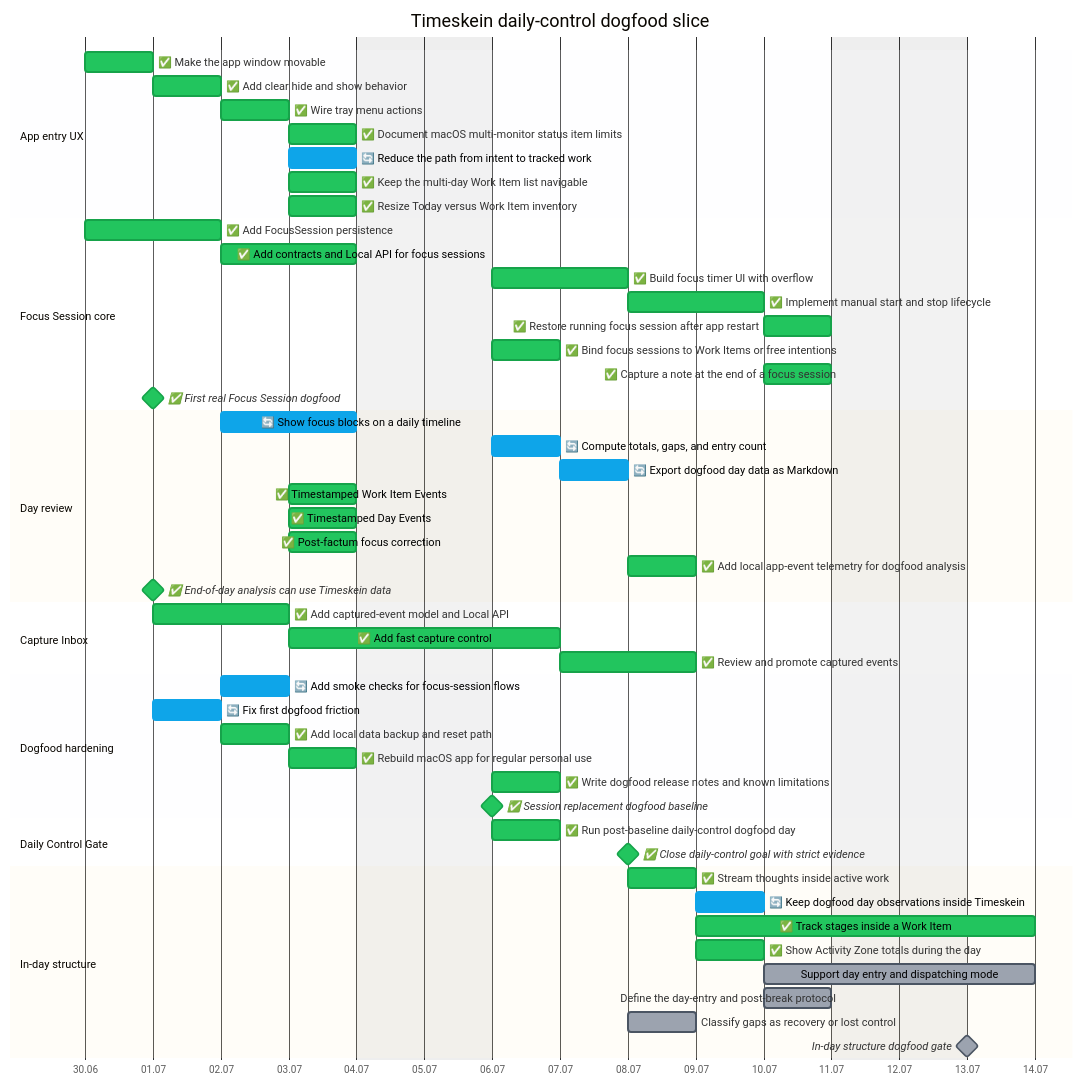
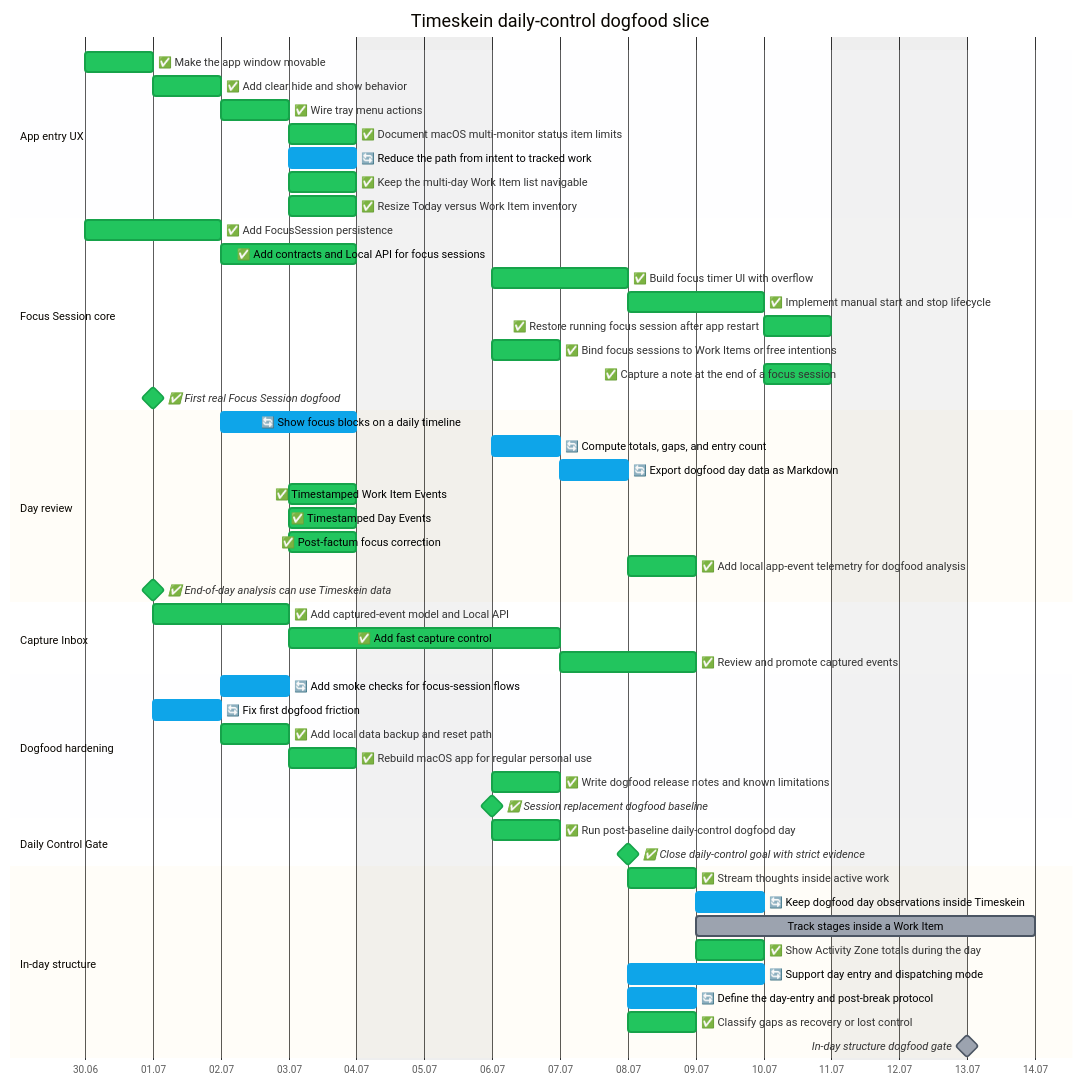
Before and after one commit to asukhodko/timeskein: the second of 2 diagrams in docs/roadmap/opskarta.md, drawn with Mermaid. The commit also changed other lines of this file and 12 other files, not shown here.

````diff
--- a/docs/roadmap/opskarta.md
+++ b/docs/roadmap/opskarta.md
@@ -112,59 +112,59 @@
 ```mermaid
 %%{init: {"theme": "base", "themeVariables": {"taskBkgColor": "#9ca3af", "taskBorderColor": "#4b5563", "taskTextColor": "#000000", "taskTextDarkColor": "#000000", "taskTextLightColor": "#000000", "activeTaskBkgColor": "#0ea5e9", "activeTaskBorderColor": "#0ea5e9", "doneTaskBkgColor": "#22c55e", "doneTaskBorderColor": "#16a34a", "critBkgColor": "#fecaca", "critBorderColor": "#fecaca", "todayLineColor": "#ef4444"}} }%%
 
 gantt
     title Timeskein daily-control dogfood slice
     dateFormat YYYY-MM-DD
     axisFormat %d.%m
     excludes weekends
 
     section App entry UX
     ✅ Make the app window movable  :done, ts_ux_entry_window_drag,    2026-06-30, 1d
     ✅ Add clear hide and show behavior  :done, ts_ux_entry_hide_toggle,    2026-07-01, 1d
     ✅ Wire tray menu actions  :done, ts_ux_entry_tray_actions,    2026-07-02, 1d
     ✅ Document macOS multi-monitor status item limits  :done, ts_ux_entry_monitor_policy,    2026-07-03, 1d
     🔄 Reduce the path from intent to tracked work  :active, ts_ux_entry_fast_track_flow,    2026-07-03, 1d
     ✅ Keep the multi-day Work Item list navigable  :done, ts_ux_entry_inventory_modes,    2026-07-03, 1d
     ✅ Resize Today versus Work Item inventory  :done, ts_ux_entry_resizable_today_split,    2026-07-03, 1d
     section Focus Session core
     ✅ Add FocusSession persistence  :done, ts_focus_core_model_migrations,    2026-06-30, 2d
     ✅ Add contracts and Local API for focus sessions  :done, ts_focus_core_contracts_api,    2026-07-02, 2d
     ✅ Build focus timer UI with overflow  :done, ts_focus_core_timer_ui,    2026-07-06, 2d
     ✅ Implement manual start and stop lifecycle  :done, ts_focus_core_session_lifecycle,    2026-07-08, 2d
     ✅ Restore running focus session after app restart  :done, ts_focus_core_restart_restore,    2026-07-10, 1d
     ✅ Bind focus sessions to Work Items or free intentions  :done, ts_focus_core_work_item_binding,    2026-07-06, 1d
     ✅ Capture a note at the end of a focus session  :done, ts_focus_core_session_notes,    2026-07-10, 1d
     ✅ First real Focus Session dogfood  :milestone, done, ts_focus_core_dogfood_gate,    2026-07-01, 0d
     section Day review
     🔄 Show focus blocks on a daily timeline  :active, ts_day_review_timeline,    2026-07-02, 2d
     🔄 Compute totals, gaps, and entry count  :active, ts_day_review_totals_gaps,    2026-07-06, 1d
     🔄 Export dogfood day data as Markdown  :active, ts_day_review_export,    2026-07-07, 1d
     ✅ Timestamped Work Item Events  :done, ts_day_review_work_item_events,    2026-07-03, 1d
     ✅ Timestamped Day Events  :done, ts_day_review_day_events,    2026-07-03, 1d
     ✅ Post-factum focus correction  :done, ts_day_review_corrections,    2026-07-03, 1d
     ✅ Add local app-event telemetry for dogfood analysis  :done, ts_day_review_app_telemetry,    2026-07-08, 1d
     ✅ End-of-day analysis can use Timeskein data  :milestone, done, ts_day_review_analysis_gate,    2026-07-01, 0d
     section Capture Inbox
     ✅ Add captured-event model and Local API  :done, ts_capture_model_api,    2026-07-01, 2d
     ✅ Add fast capture control  :done, ts_capture_quick_ui,    2026-07-03, 2d
     ✅ Review and promote captured events  :done, ts_capture_review_flow,    2026-07-07, 2d
     section Dogfood hardening
     🔄 Add smoke checks for focus-session flows  :active, ts_hardening_smoke,    2026-07-02, 1d
     🔄 Fix first dogfood friction  :active, ts_hardening_post_dogfood_friction,    2026-07-01, 1d
     ✅ Add local data backup and reset path  :done, ts_hardening_backup_reset,    2026-07-02, 1d
     ✅ Rebuild macOS app for regular personal use  :done, ts_hardening_package_app,    2026-07-03, 1d
     ✅ Write dogfood release notes and known limitations  :done, ts_hardening_release_notes,    2026-07-06, 1d
     ✅ Session replacement dogfood baseline  :milestone, done, ts_hardening_dogfood_release,    2026-07-06, 0d
     section Daily Control Gate
     ✅ Run post-baseline daily-control dogfood day  :done, ts_daily_control_real_day,    2026-07-06, 1d
     ✅ Close daily-control goal with strict evidence  :milestone, done, ts_daily_control_goal_check,    2026-07-08, 0d
     section In-day structure
     ✅ Stream thoughts inside active work  :done, ts_in_day_structure_active_work_journal,    2026-07-08, 1d
     🔄 Keep dogfood day observations inside Timeskein  :active, ts_in_day_structure_day_observation_log,    2026-07-09, 1d
-    ✅ Track stages inside a Work Item  :done, ts_in_day_structure_work_item_stages,    2026-07-09, 3d
+    Track stages inside a Work Item  :ts_in_day_structure_work_item_stages,    2026-07-09, 3d
     ✅ Show Activity Zone totals during the day  :done, ts_in_day_structure_zone_dashboard,    2026-07-09, 1d
-    Support day entry and dispatching mode  :ts_in_day_structure_dispatch_mode,    2026-07-10, 2d
-    Define the day-entry and post-break protocol  :ts_in_day_structure_entry_protocol,    2026-07-10, 1d
-    Classify gaps as recovery or lost control  :ts_in_day_structure_gap_recovery_classification,    2026-07-08, 1d
+    🔄 Support day entry and dispatching mode  :active, ts_in_day_structure_dispatch_mode,    2026-07-08, 2d
+    🔄 Define the day-entry and post-break protocol  :active, ts_in_day_structure_entry_protocol,    2026-07-08, 1d
+    ✅ Classify gaps as recovery or lost control  :done, ts_in_day_structure_gap_recovery_classification,    2026-07-08, 1d
     In-day structure dogfood gate  :milestone, ts_in_day_structure_dogfood_gate,    2026-07-13, 0d
 ```
````
